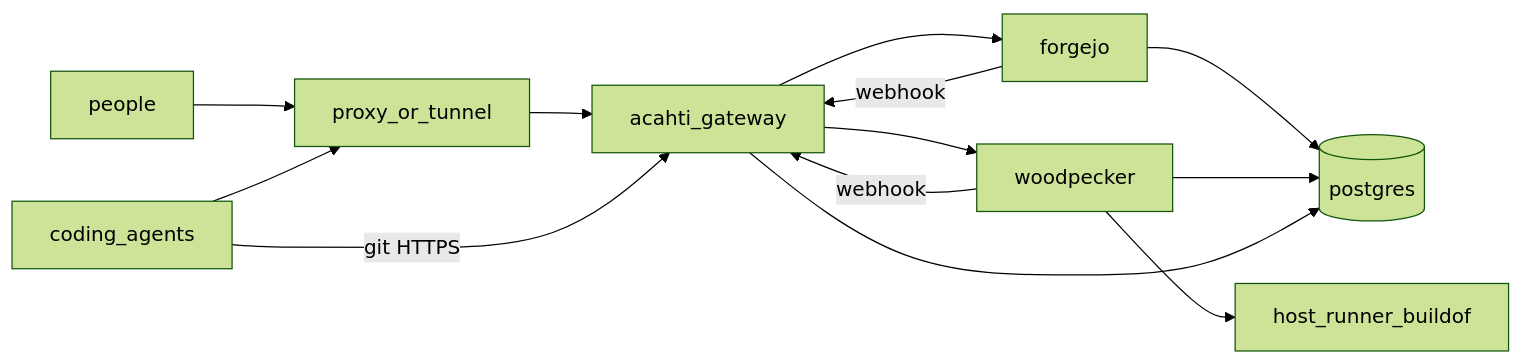
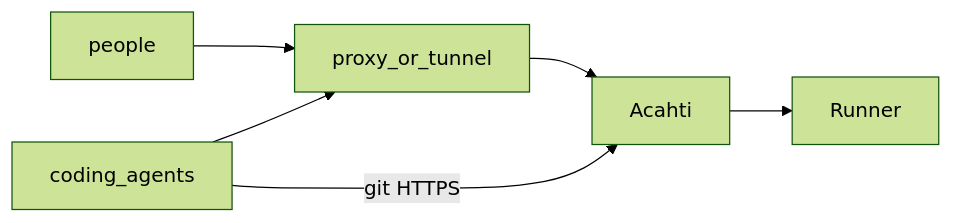
One commit to lpythu/acahti changed the first of 7 diagrams in architecture.md. Above: the diagram before and after it, drawn with Mermaid (forest theme). The commit also changed other lines of this file and 111 other files, not shown here.

````diff
--- a/architecture.md
+++ b/architecture.md
@@ -17,24 +17,14 @@
 ```mermaid
 flowchart LR
   people[people]
   agents[coding_agents]
   edge[proxy_or_tunnel]
-  gw[acahti_gateway]
-  fj[forgejo]
-  wp[woodpecker]
-  pg[(postgres)]
-  buildof[host_runner_buildof]
+  acahti[Acahti]
+  runner[Runner]
 
   people --> edge
   agents --> edge
-  edge --> gw
-  gw --> fj
-  gw --> wp
-  fj --> pg
-  wp --> pg
-  gw --> pg
-  wp --> buildof
-  agents -->|"git HTTPS"| gw
-  wp -->|webhook| gw
-  fj -->|webhook| gw
+  edge --> acahti
+  acahti --> runner
+  agents -->|"git HTTPS"| acahti
 ```
````
